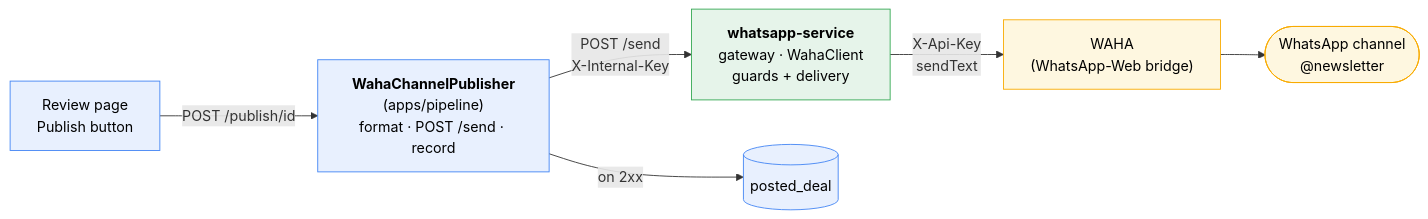
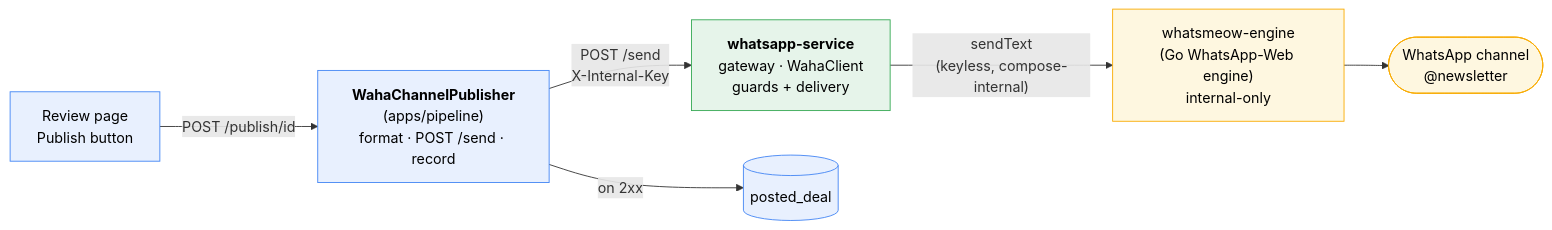
Before and after one commit to andreiRS/deal-promoter: the third of 3 diagrams in README.md, drawn with Mermaid. The commit also changed other lines of this file and 3 other files, not shown here.

First line of the commit message:
feat(compose): hard cutover from waha to whatsmeow-engine

````diff
--- a/README.md
+++ b/README.md
@@ -178,21 +179,21 @@
 ```mermaid
 flowchart LR
     REV["Review page<br/>Publish button"]
     PUB["<b>WahaChannelPublisher</b><br/>(apps/pipeline)<br/>format · POST /send · record"]
     GW["<b>whatsapp-service</b><br/>gateway · WahaClient<br/>guards + delivery"]
-    WAHA["WAHA<br/>(WhatsApp-Web bridge)"]
+    ENG["whatsmeow-engine<br/>(Go WhatsApp-Web engine)<br/>internal-only"]
     CH(["WhatsApp channel<br/>@newsletter"])
     DB[("posted_deal")]
 
     REV -->|POST /publish/id| PUB
     PUB -->|"POST /send<br/>X-Internal-Key"| GW
-    GW -->|"X-Api-Key<br/>sendText"| WAHA --> CH
+    GW -->|"sendText<br/>(keyless, compose-internal)"| ENG --> CH
     PUB -->|on 2xx| DB
 
     classDef a fill:#e8f0fe,stroke:#4285f4,color:#000;
     classDef g fill:#e6f4ea,stroke:#34a853,color:#000;
     classDef e fill:#fef7e0,stroke:#f9ab00,color:#000;
     class REV,PUB,DB a;
     class GW g;
-    class WAHA,CH e;
+    class ENG,CH e;
 ```
````
